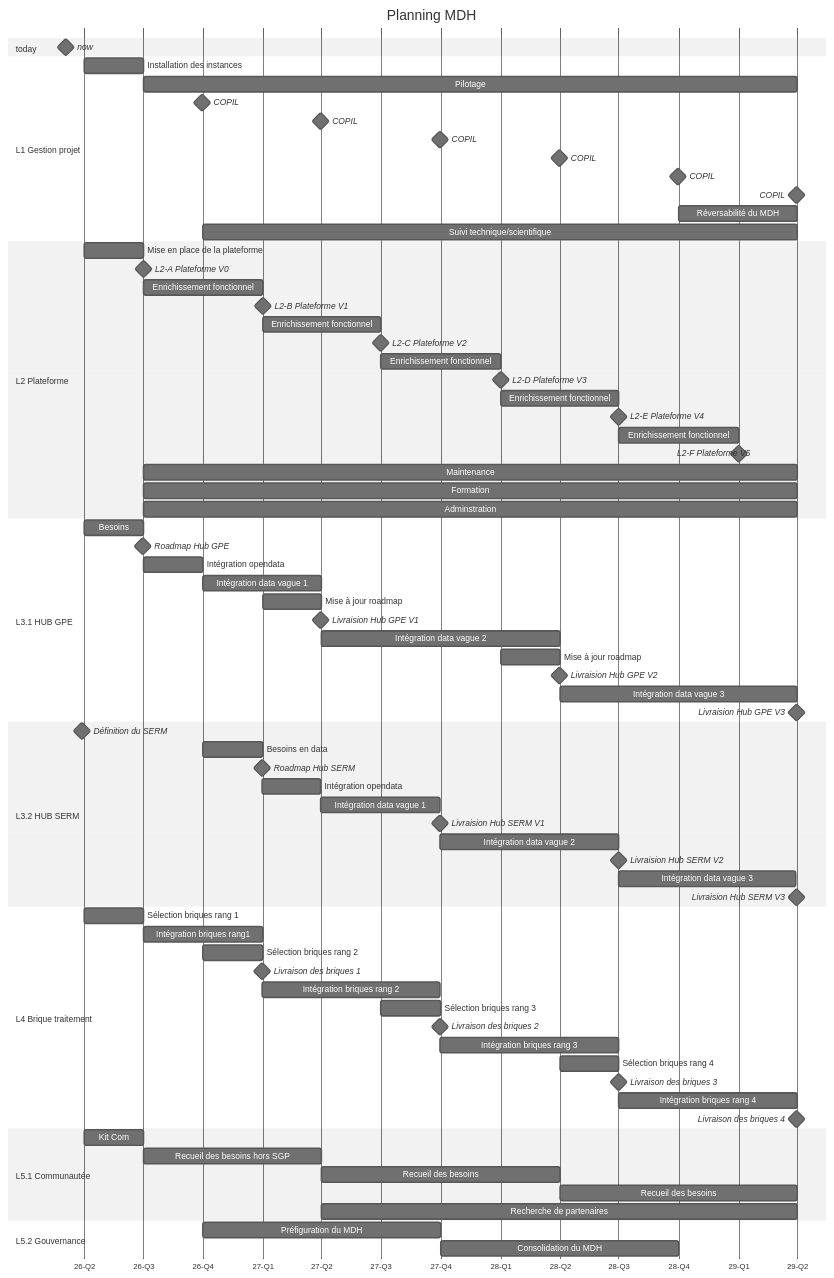
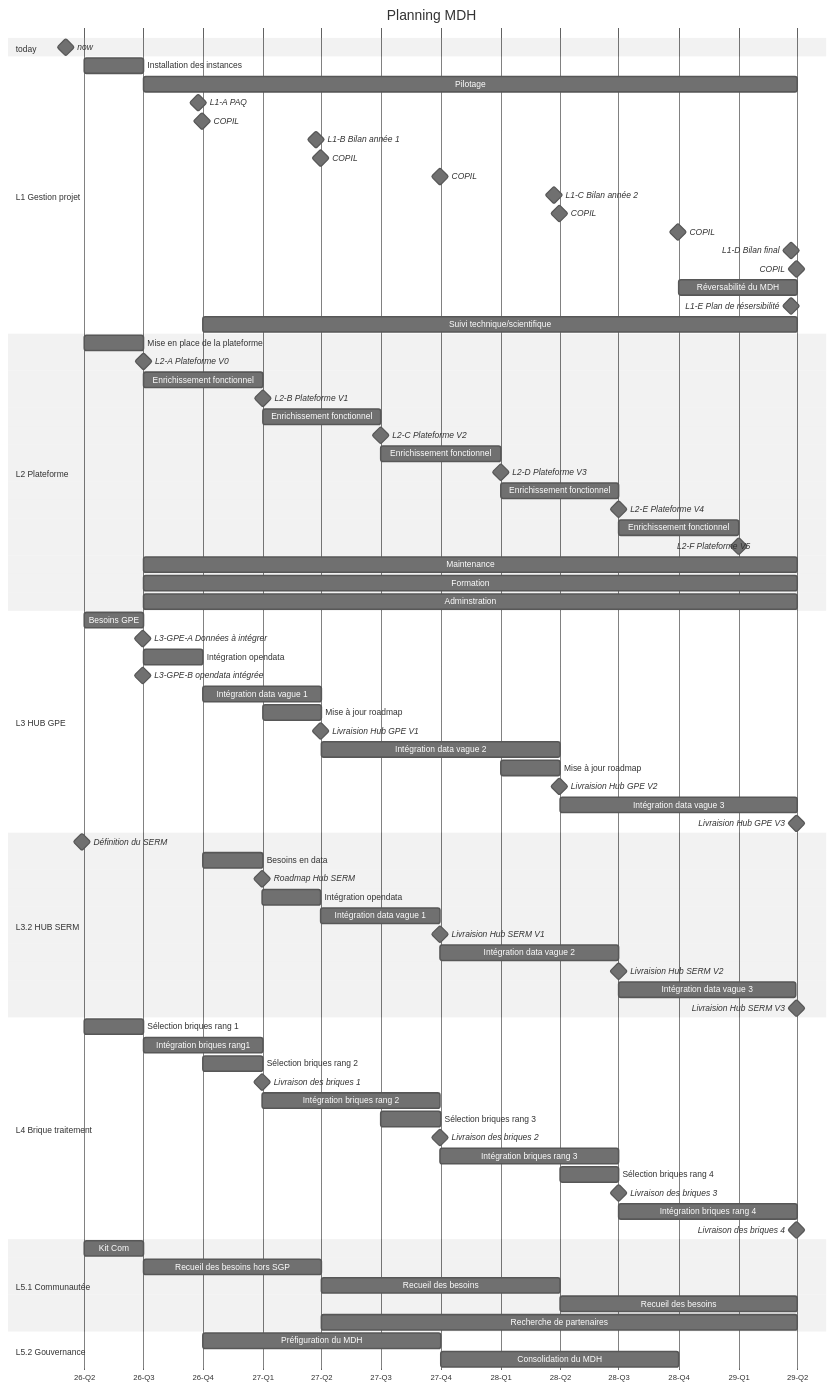
One commit to cdamas-cerema/test changed the diagram in README.md. Above: the diagram before and after it, drawn with Mermaid (neutral theme).

Commit message:
Update project milestones and section titles in README

```diff
--- a/README.md
+++ b/README.md
@@ -13,13 +13,18 @@
     section L1 Gestion projet
         Installation des instances           :a1, 2026-04-01, 3M
         Pilotage                             :2026-07-01, 33M
+        L1-A PAQ                             :milestone, 2026-09-23, 1m
         COPIL                                :milestone, 2026-09-30, 1m
+        L1-B Bilan année 1                   :milestone, 2027-03-23, 1m
         COPIL                                :milestone, 2027-03-31, 1m
         COPIL                                :milestone, 2027-09-30, 1m
+        L1-C Bilan année 2                   :milestone, 2028-03-23, 1m
         COPIL                                :milestone, 2028-03-31, 1m
         COPIL                                :milestone, 2028-09-30, 1m
+        L1-D Bilan final                     :milestone, 2029-03-23, 1m
         COPIL                                :milestone, 2029-03-31, 1m
         Réversabilité du MDH                 :2028-10-01, 6M
+        L1-E Plan de résersibilité           :milestone, 2029-03-23, 1m
         Suivi technique/scientifique         :2026-10-01, 30M
 
     section L2 Plateforme
@@ -39,10 +44,11 @@
         Formation                            :2026-07-01, 33M
         Adminstration                        :2026-07-01, 33M
 
-    section L3.1 HUB GPE
-        Besoins                              :2026-04-01, 3M
-        Roadmap Hub GPE                      :milestone, 2026-06-30, 1m
+    section L3 HUB GPE
+        Besoins GPE                          :2026-04-01, 3M
+        L3-GPE-A Données à intégrer          :milestone, 2026-06-30, 1m
         Intégration opendata                 :2026-07-01, 3M
+        L3-GPE-B opendata intégrée           :milestone, 2026-06-30, 1m
         Intégration data vague 1             :2026-10-01, 6M
         Mise à jour roadmap                  :2027-01-01, 3M
         Livraision Hub GPE V1                :milestone, 2027-03-31, 1m
```
